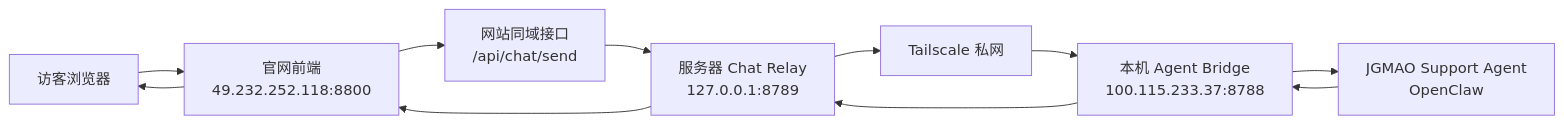
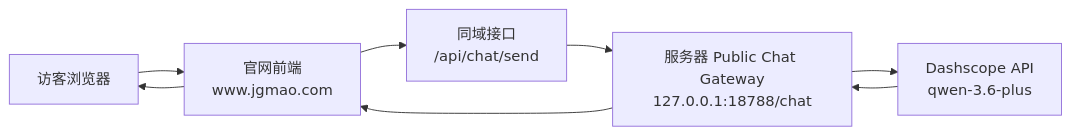
The diagram in docs/ai-agent-chat-deployment-summary.md (wesleyyu/jgmao-official-site), drawn with Mermaid before and after one commit. The commit also changed other lines of this file and 3 other files, not shown here.

Commit message:
Switch public chat to direct qwen gateway

````diff
--- a/docs/ai-agent-chat-deployment-summary.md
+++ b/docs/ai-agent-chat-deployment-summary.md
@@ -23,13 +20,10 @@
 ```mermaid
 flowchart LR
-  U["访客浏览器"] --> W["官网前端<br/>49.232.252.118:8800"]
-  W --> API["网站同域接口<br/>/api/chat/send"]
-  API --> R["服务器 Chat Relay<br/>127.0.0.1:8789"]
-  R --> T["Tailscale 私网"]
-  T --> B["本机 Agent Bridge<br/>100.115.233.37:8788"]
-  B --> A["JGMAO Support Agent<br/>OpenClaw"]
-  A --> B
-  B --> R
-  R --> W
+  U["访客浏览器"] --> W["官网前端<br/>www.jgmao.com"]
+  W --> API["同域接口<br/>/api/chat/send"]
+  API --> G["服务器 Public Chat Gateway<br/>127.0.0.1:18788/chat"]
+  G --> Q["Dashscope API<br/>qwen-3.6-plus"]
+  Q --> G
+  G --> W
   W --> U
 ```
````
